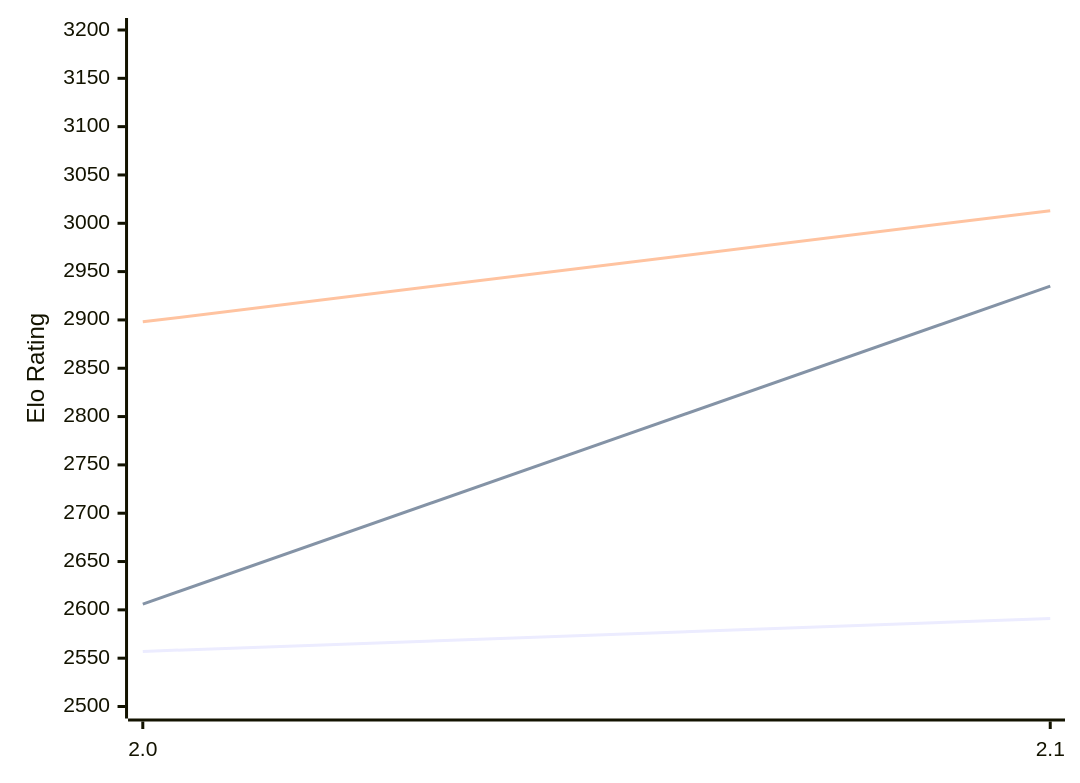
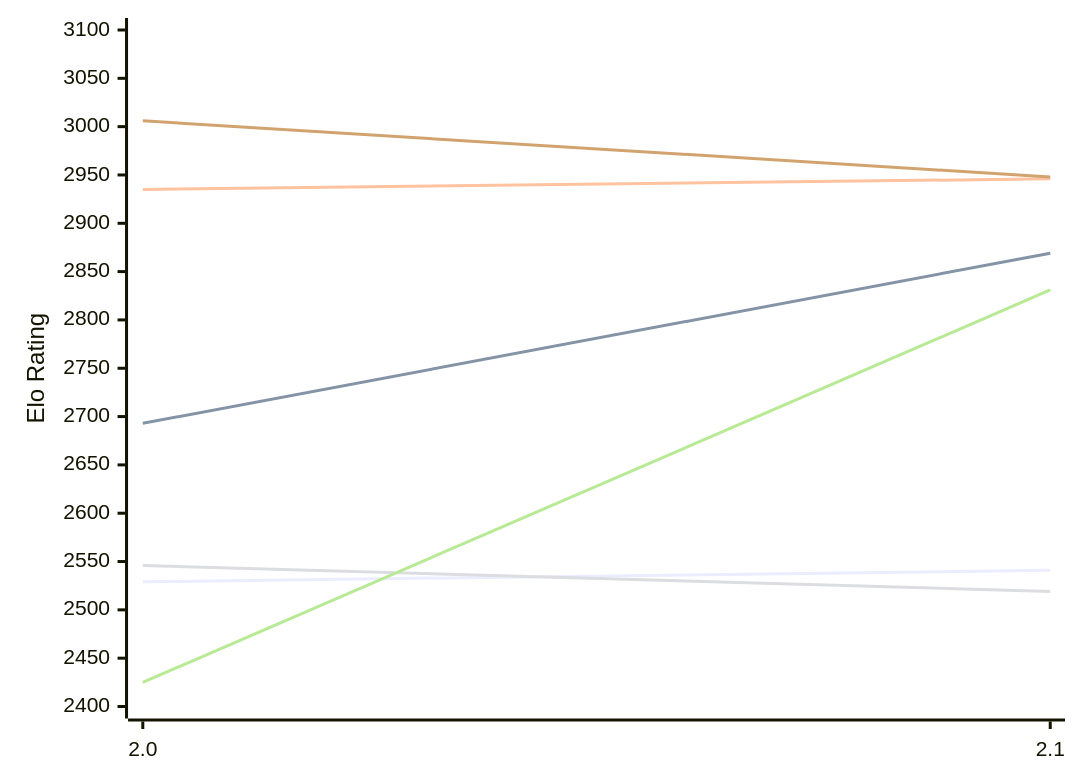
One commit to computer-chess-index/cci changed the first of 2 diagrams in engines/Noggin.md. Above: the diagram before and after it, drawn with Mermaid. The commit also changed other lines of this file, not shown here.

Commit message:
Update CCI Ratings (ELO VLTC) - 2026-11-13

````diff
--- a/engines/Noggin.md
+++ b/engines/Noggin.md
@@ -49,12 +50,12 @@
 ```mermaid
 %%{init: {"theme":"base","themeVariables":{"seriesColors:['#a3a3a3','#222221','#faa371']}}}%%
 xychart-beta
   x-axis ["2.0", "2.1"]
-  y-axis "Elo Rating" 2500 --> 3200
-  line "E1: STC (8.0+0.08s)" [2557, 2591]
-  line "E1: LTC (60.0+0.60s)" [2606, 2935]
-  line "E1: VLTC (2m24s+1.12s)" [2898, 3013]
-  line "P1: STC (8.0+0.08s)" [2673]
-  line "P1: LTC (60.0+0.60s)" [2998]
-  line "P1: VLTC (2m24s+1.12s)" [3114]
+  y-axis "Elo Rating" 2400 --> 3100
+  line "E1: STC (8.0+0.08s)" [2529, 2541]
+  line "E1: LTC (60.0+0.60s)" [2693, 2869]
+  line "E1: VLTC (2m24s+1.12s)" [2935, 2946]
+  line "P1: STC (8.0+0.08s)" [2546, 2519]
+  line "P1: LTC (60.0+0.60s)" [2425, 2831]
+  line "P1: VLTC (2m24s+1.12s)" [3006, 2948]
 ```
````
